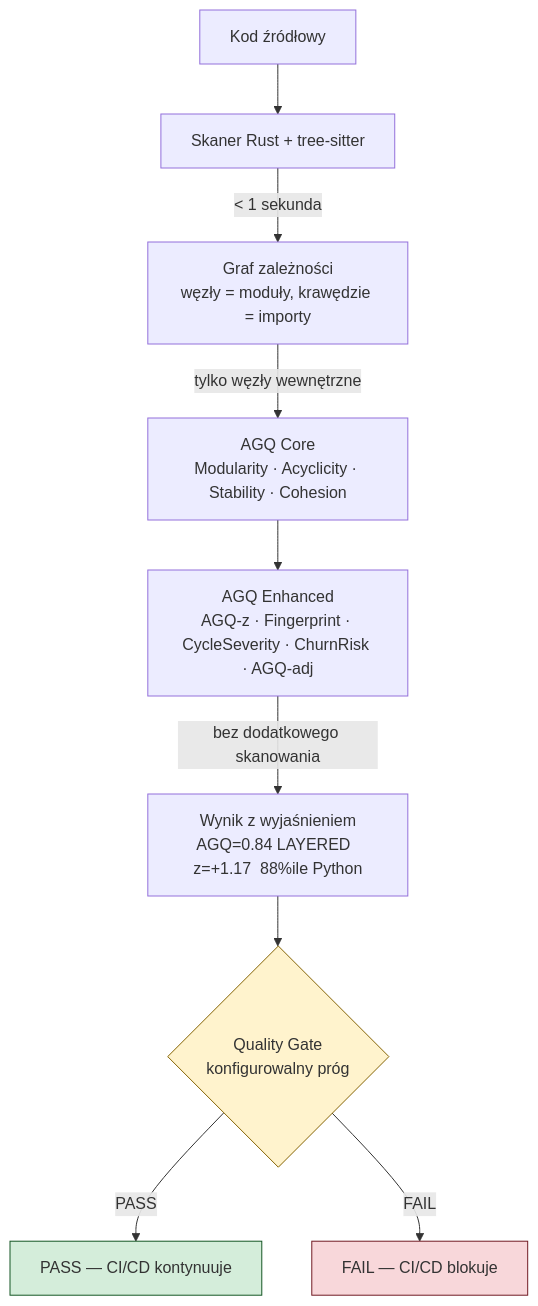
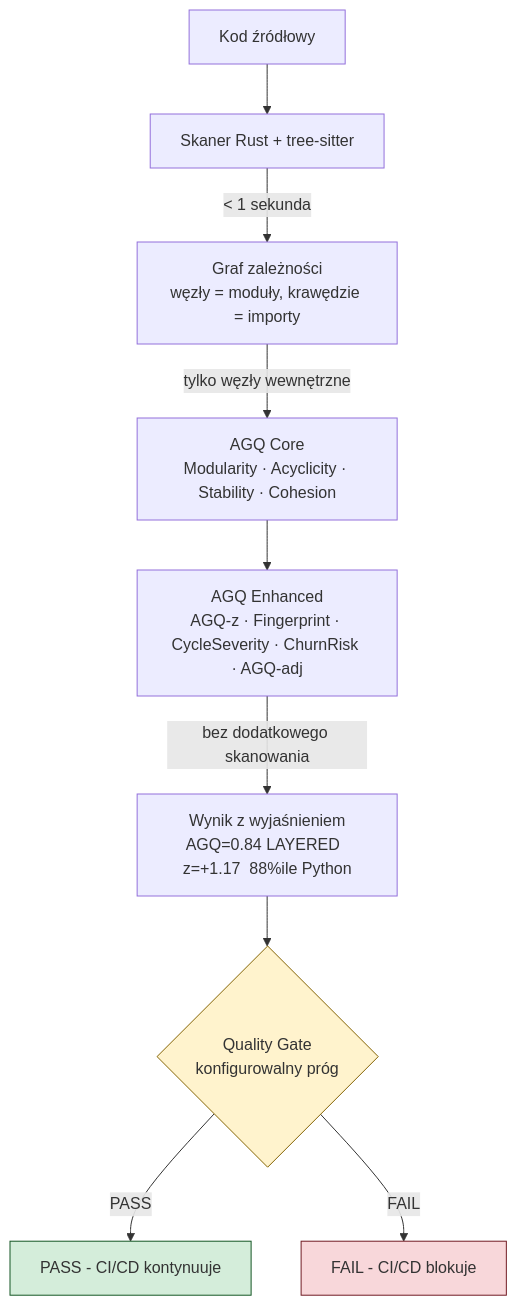
Diagram 12 of 14 in artifacts/qse_podrecznik.md (PiotrGry/qse-pkg), drawn with Mermaid before and after one commit. The commit also changed other lines of this file and 46 other files, not shown here.

````diff
--- a/artifacts/qse_podrecznik.md
+++ b/artifacts/qse_podrecznik.md
@@ -1220,25 +1220,25 @@
 ```mermaid
 flowchart TD
     A["Kod źródłowy"]
     B["Skaner Rust + tree-sitter"]
     C["Graf zależności\nwęzły = moduły, krawędzie = importy"]
     D["AGQ Core\nModularity · Acyclicity · Stability · Cohesion"]
     E["AGQ Enhanced\nAGQ-z · Fingerprint · CycleSeverity · ChurnRisk · AGQ-adj"]
     F["Wynik z wyjaśnieniem\nAGQ=0.84 LAYERED  z=+1.17  88%ile Python"]
     G{"Quality Gate\nkonfigurowalny próg"}
-    H1["PASS — CI/CD kontynuuje"]
-    H2["FAIL — CI/CD blokuje"]
+    H1["PASS - CI/CD kontynuuje"]
+    H2["FAIL - CI/CD blokuje"]
 
     A --> B
     B -->|"< 1 sekunda"| C
     C -->|"tylko węzły wewnętrzne"| D
     D --> E
     E -->|"bez dodatkowego skanowania"| F
     F --> G
     G -->|PASS| H1
     G -->|FAIL| H2
 
     style H1 fill:#d4edda,stroke:#155724
     style H2 fill:#f8d7da,stroke:#721c24
     style G fill:#fff3cd,stroke:#856404
 ```
````
